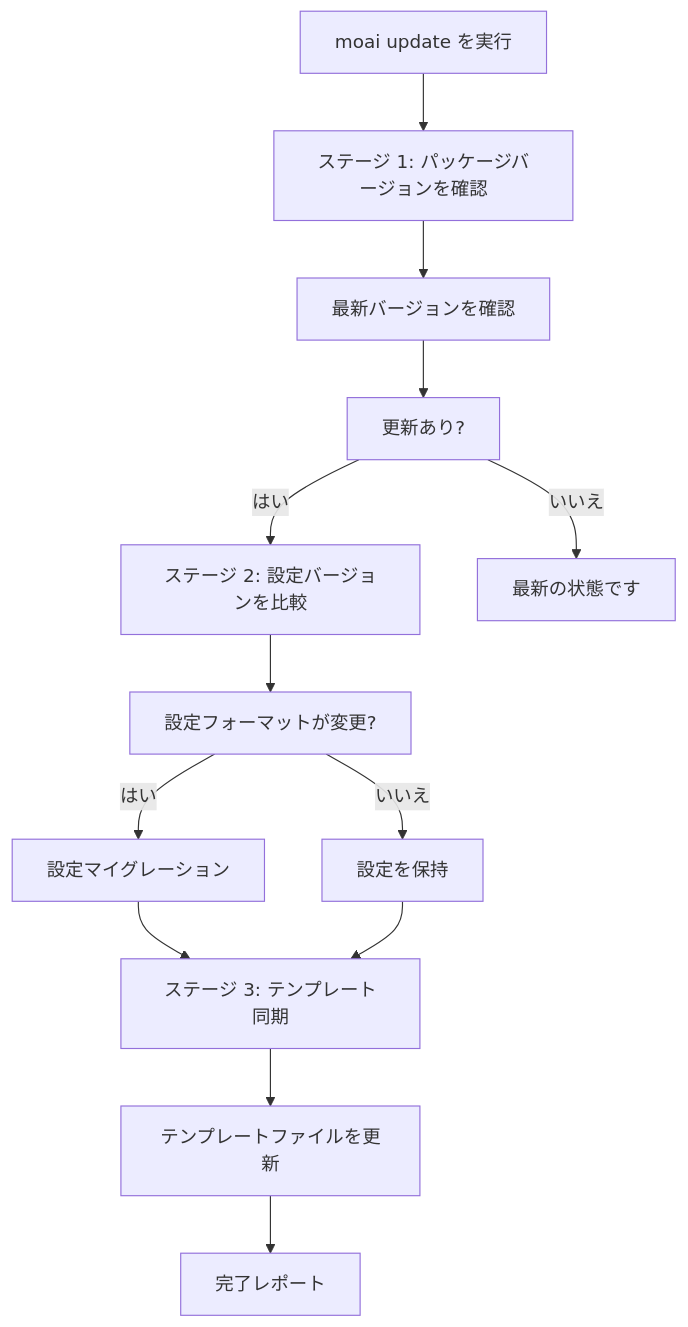
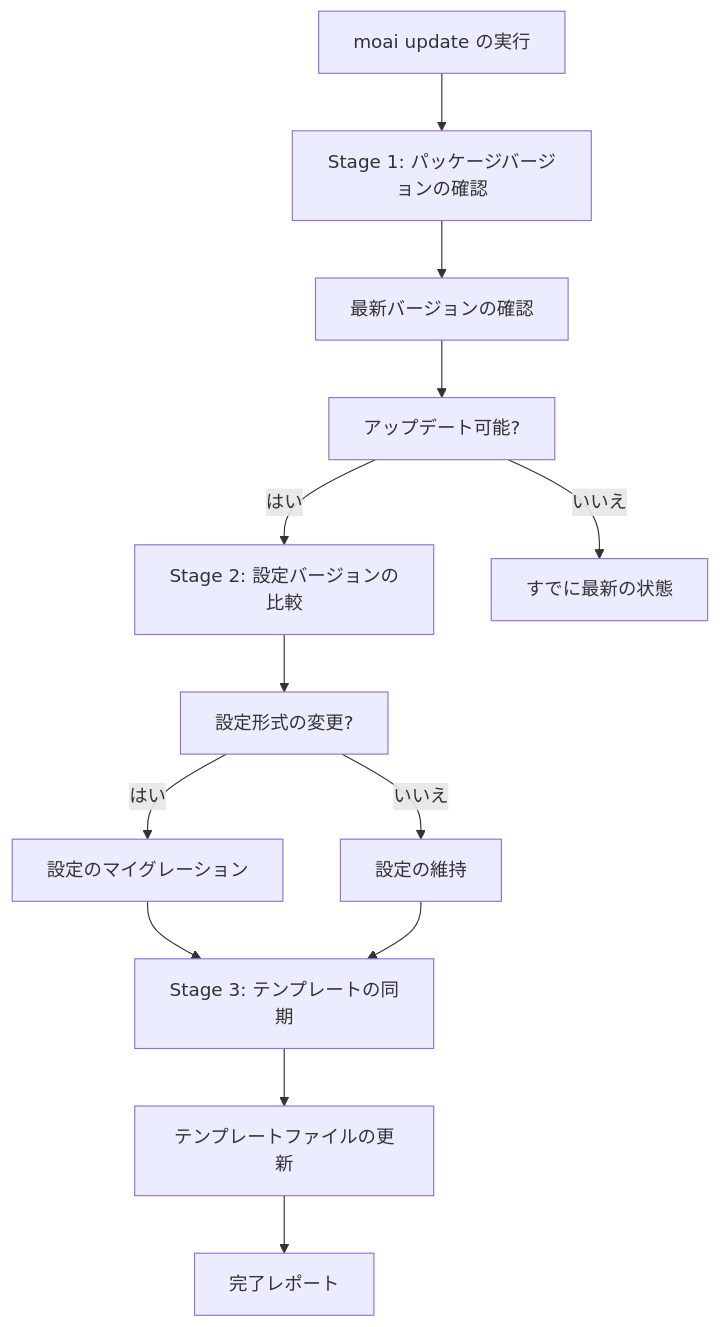
One commit to modu-ai/moai-adk changed the first of 3 diagrams in docs-site/content/ja/getting-started/update.md. Above: the diagram before and after it, drawn with Mermaid. The commit also changed other lines of this file and 395 other files, not shown here.

````diff
--- a/docs-site/content/ja/getting-started/update.md
+++ b/docs-site/content/ja/getting-started/update.md
@@ -21,19 +21,19 @@
 ```mermaid
 flowchart TD
-    A[moai update を実行] --> B[ステージ 1: パッケージバージョンを確認]
-    B --> C[最新バージョンを確認]
-    C --> D[更新あり?]
+    A[moai update の実行] --> B[Stage 1: パッケージバージョンの確認]
+    B --> C[最新バージョンの確認]
+    C --> D[アップデート可能?]
 
-    D -->|はい| E[ステージ 2: 設定バージョンを比較]
-    D -->|いいえ| F[最新の状態です]
+    D -->|はい| E[Stage 2: 設定バージョンの比較]
+    D -->|いいえ| F[すでに最新の状態]
 
-    E --> G[設定フォーマットが変更?]
-    G -->|はい| H[設定マイグレーション]
-    G -->|いいえ| I[設定を保持]
+    E --> G[設定形式の変更?]
+    G -->|はい| H[設定のマイグレーション]
+    G -->|いいえ| I[設定の維持]
 
-    H --> J[ステージ 3: テンプレート同期]
+    H --> J[Stage 3: テンプレートの同期]
     I --> J
 
-    J --> K[テンプレートファイルを更新]
+    J --> K[テンプレートファイルの更新]
     K --> L[完了レポート]
 ```
````
